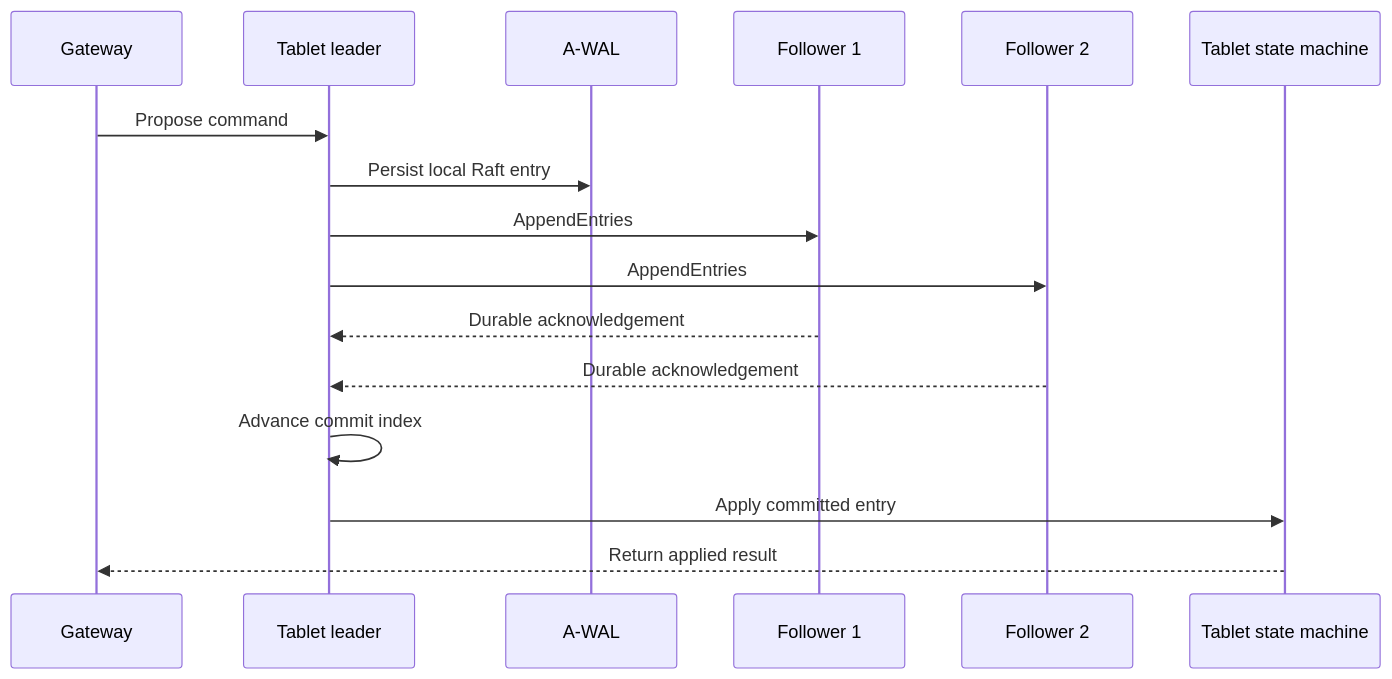
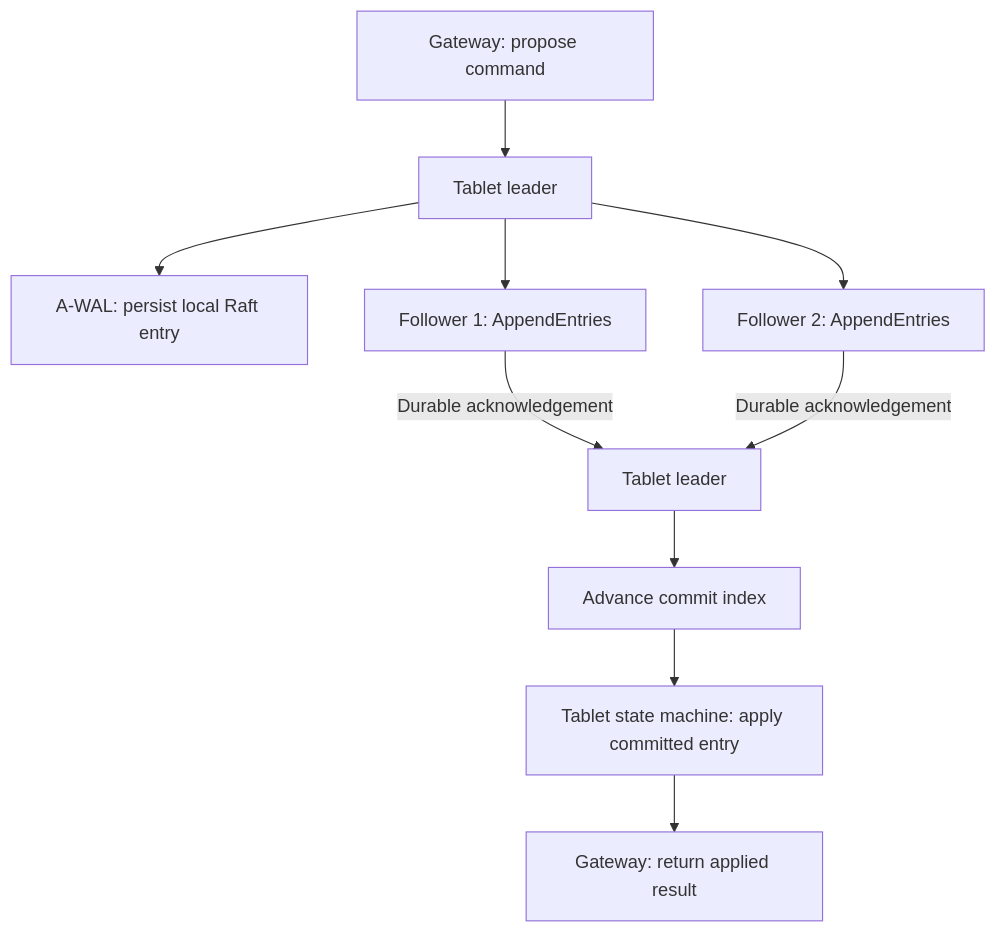
One commit to Aditya-1304/ragnordb changed the eighth of 8 diagrams in README.md. Above: the diagram before and after it, drawn with Mermaid. The commit also changed other lines of this file, not shown here.

Commit message:
fixed the mermaid issues in the readme

````diff
--- a/README.md
+++ b/README.md
@@ -2050,19 +2037,12 @@
 ```mermaid
-sequenceDiagram
-    participant G as Gateway
-    participant L as Tablet leader
-    participant W as A-WAL
-    participant F1 as Follower 1
-    participant F2 as Follower 2
-    participant S as Tablet state machine
-
-    G->>L: Propose command
-    L->>W: Persist local Raft entry
-    L->>F1: AppendEntries
-    L->>F2: AppendEntries
-    F1-->>L: Durable acknowledgement
-    F2-->>L: Durable acknowledgement
-    L->>L: Advance commit index
-    L->>S: Apply committed entry
-    S-->>G: Return applied result
+flowchart TD
+    G["Gateway: propose command"] --> L["Tablet leader"]
+    L --> W["A-WAL: persist local Raft entry"]
+    L --> F1["Follower 1: AppendEntries"]
+    L --> F2["Follower 2: AppendEntries"]
+    F1 -->|"Durable acknowledgement"| A["Tablet leader"]
+    F2 -->|"Durable acknowledgement"| A
+    A --> C["Advance commit index"]
+    C --> S["Tablet state machine: apply committed entry"]
+    S --> R["Gateway: return applied result"]
 ```
````
